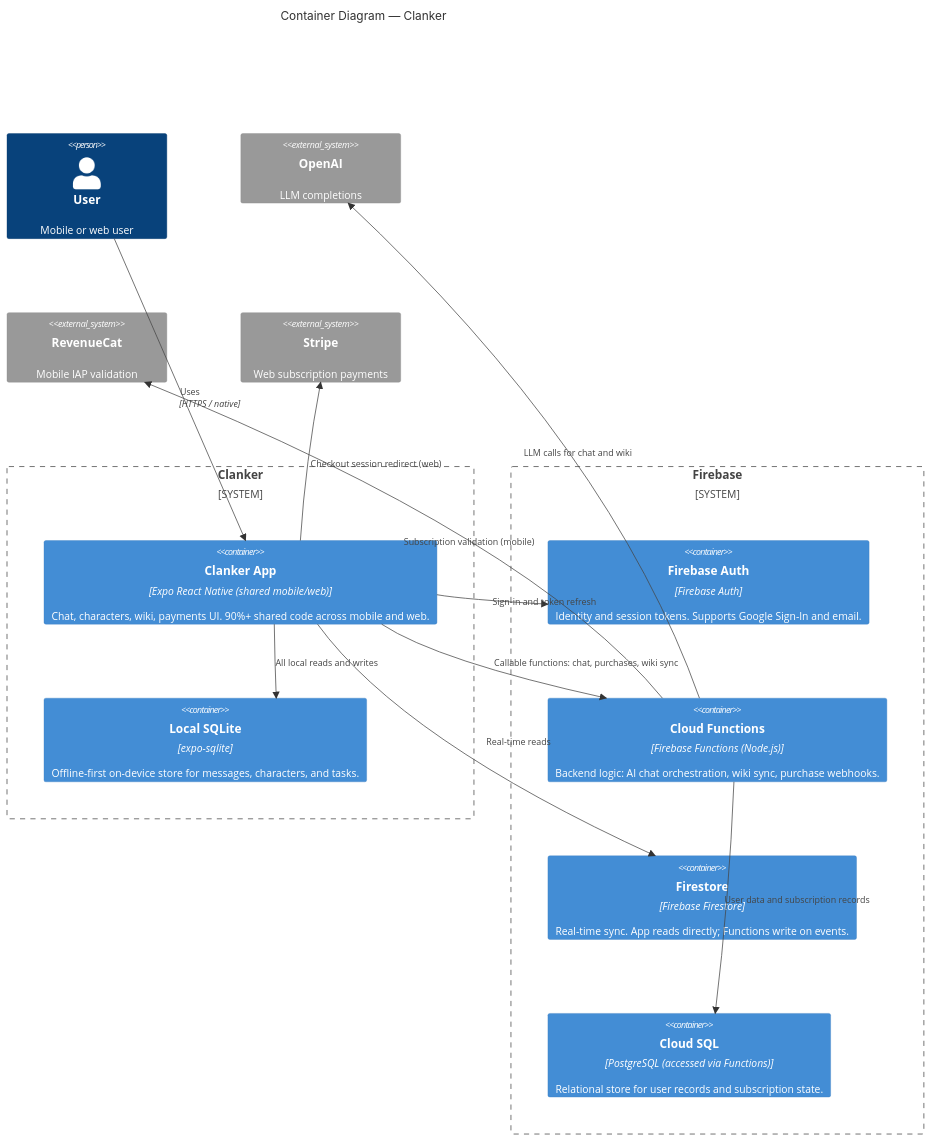
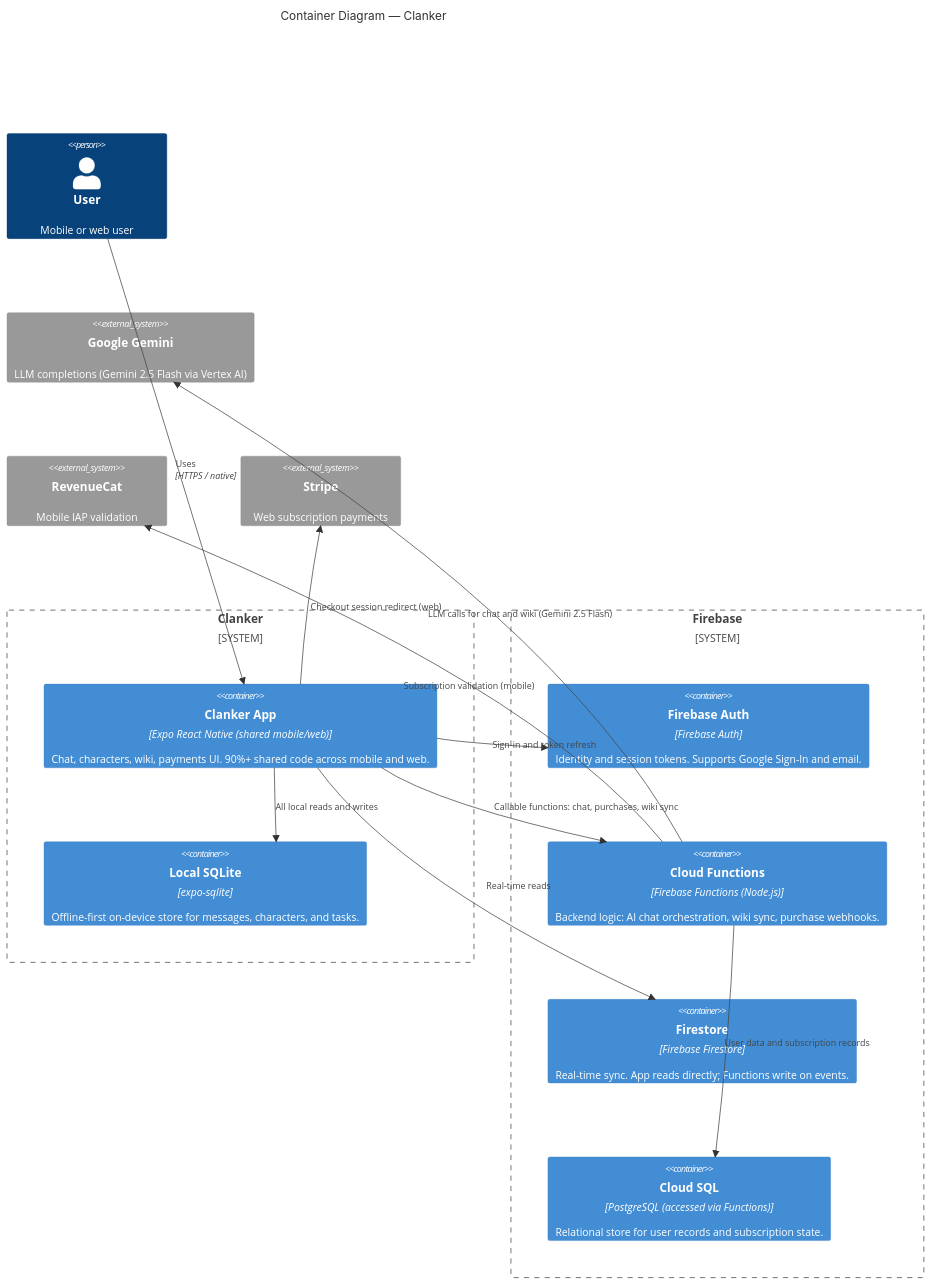
One commit to equationalapplications/clanker changed the diagram in docs/flowcharts/c4/containers.md. Above: the diagram before and after it, drawn with Mermaid. The commit also changed 4 other files, not shown here.

First line of the commit message:
fix(charts): restore import fallback for machines; replace OpenAI with Gemini

````diff
--- a/docs/flowcharts/c4/containers.md
+++ b/docs/flowcharts/c4/containers.md
@@ -5,32 +5,32 @@
 ```mermaid
 C4Container
   title Container Diagram — Clanker
 
   Person(user, "User", "Mobile or web user")
 
   System_Boundary(clanker_b, "Clanker") {
     Container(app, "Clanker App", "Expo React Native (shared mobile/web)", "Chat, characters, wiki, payments UI. 90%+ shared code across mobile and web.")
     Container(sqlite, "Local SQLite", "expo-sqlite", "Offline-first on-device store for messages, characters, and tasks.")
   }
 
   System_Boundary(firebase_b, "Firebase") {
     Container(auth, "Firebase Auth", "Firebase Auth", "Identity and session tokens. Supports Google Sign-In and email.")
     Container(functions, "Cloud Functions", "Firebase Functions (Node.js)", "Backend logic: AI chat orchestration, wiki sync, purchase webhooks.")
     Container(firestore, "Firestore", "Firebase Firestore", "Real-time sync. App reads directly; Functions write on events.")
     Container(cloudsql, "Cloud SQL", "PostgreSQL (accessed via Functions)", "Relational store for user records and subscription state.")
   }
 
-  System_Ext(openai, "OpenAI", "LLM completions")
+  System_Ext(gemini, "Google Gemini", "LLM completions (Gemini 2.5 Flash via Vertex AI)")
   System_Ext(revenuecat, "RevenueCat", "Mobile IAP validation")
   System_Ext(stripe, "Stripe", "Web subscription payments")
 
   Rel(user, app, "Uses", "HTTPS / native")
   Rel(app, auth, "Sign-in and token refresh")
   Rel(app, functions, "Callable functions: chat, purchases, wiki sync")
   Rel(app, firestore, "Real-time reads")
   Rel(app, sqlite, "All local reads and writes")
   Rel(app, stripe, "Checkout session redirect (web)")
   Rel(functions, cloudsql, "User data and subscription records")
-  Rel(functions, openai, "LLM calls for chat and wiki")
+  Rel(functions, gemini, "LLM calls for chat and wiki (Gemini 2.5 Flash)")
   Rel(functions, revenuecat, "Subscription validation (mobile)")
 ```
````
